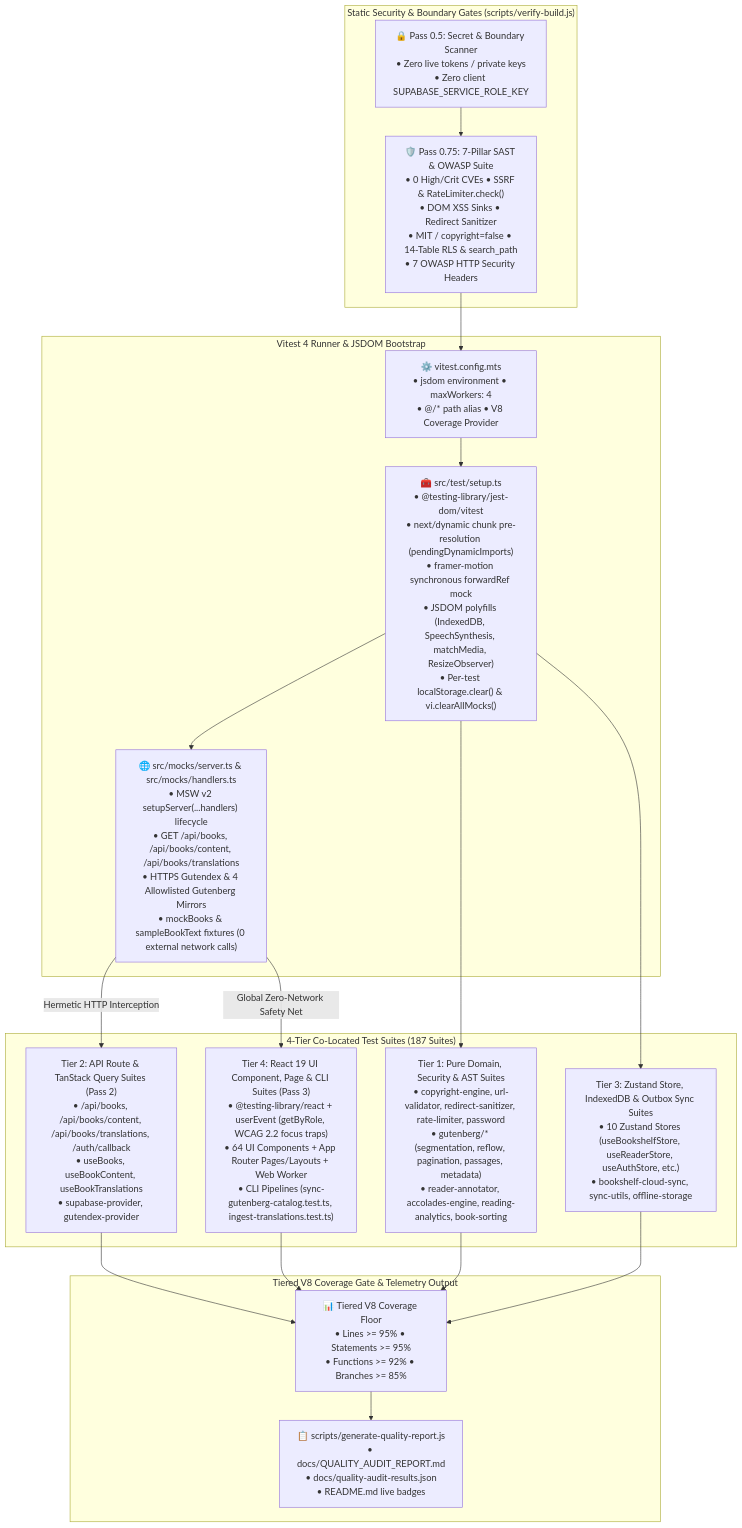
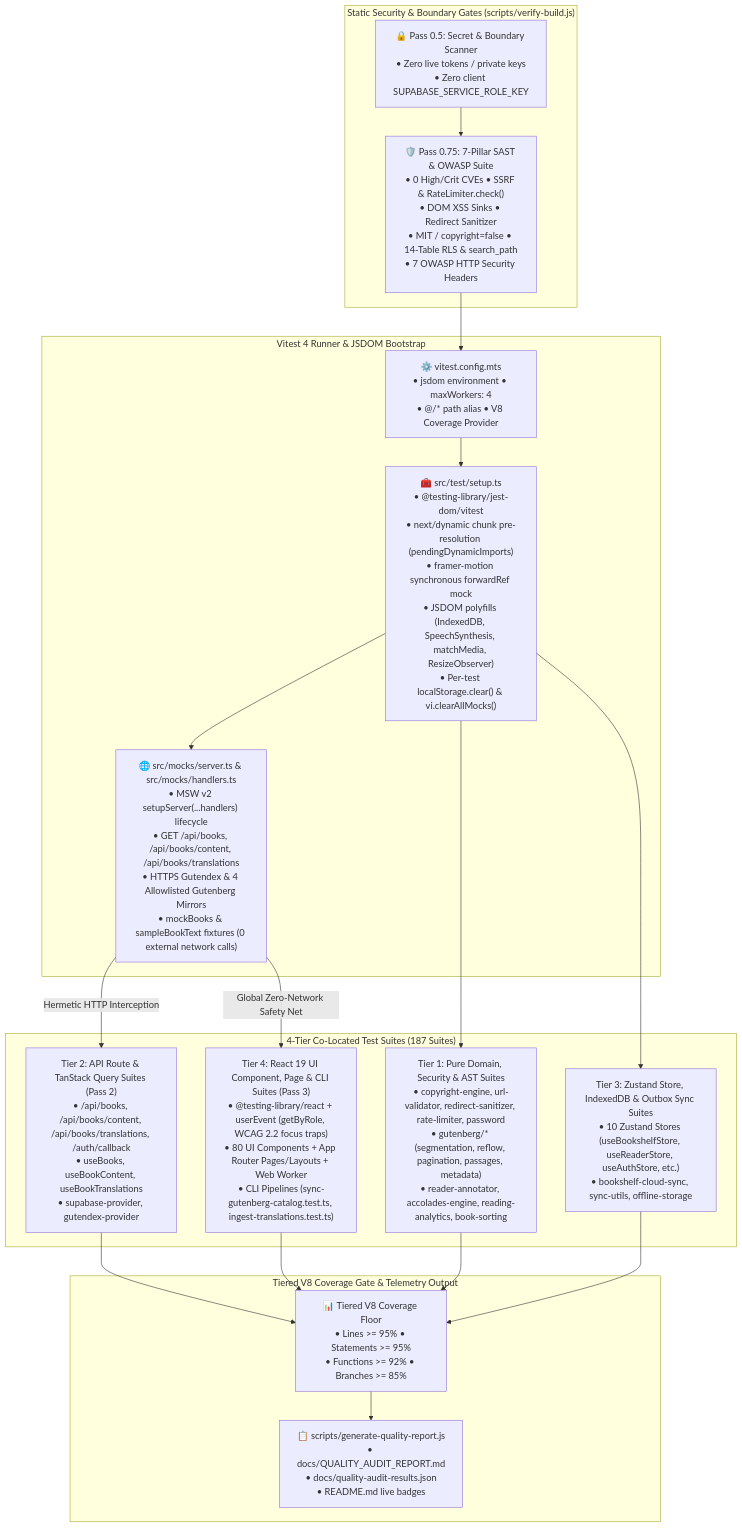
Before and after one commit to calin-m/Bookarium: the fourth of 4 diagrams in docs/ARCHITECTURE.md, drawn with Mermaid. The commit also changed other lines of this file and 58 other files, not shown here.

````diff
--- a/docs/ARCHITECTURE.md
+++ b/docs/ARCHITECTURE.md
@@ -815,39 +816,39 @@
 ```mermaid
 flowchart TD
     subgraph SecurityGates ["Static Security & Boundary Gates (scripts/verify-build.js)"]
         Pass05["🔒 Pass 0.5: Secret & Boundary Scanner\n• Zero live tokens / private keys\n• Zero client SUPABASE_SERVICE_ROLE_KEY"]
         Pass075["🛡️ Pass 0.75: 7-Pillar SAST & OWASP Suite\n• 0 High/Crit CVEs • SSRF & RateLimiter.check()\n• DOM XSS Sinks • Redirect Sanitizer\n• MIT / copyright=false • 14-Table RLS & search_path\n• 7 OWASP HTTP Security Headers"]
     end
 
     subgraph TestRunner ["Vitest 4 Runner & JSDOM Bootstrap"]
         VitestCfg["⚙️ vitest.config.mts\n• jsdom environment • maxWorkers: 4\n• @/* path alias • V8 Coverage Provider"]
         TestSetup["🧰 src/test/setup.ts\n• @testing-library/jest-dom/vitest\n• next/dynamic chunk pre-resolution (pendingDynamicImports)\n• framer-motion synchronous forwardRef mock\n• JSDOM polyfills (IndexedDB, SpeechSynthesis, matchMedia, ResizeObserver)\n• Per-test localStorage.clear() & vi.clearAllMocks()"]
         MSWServer["🌐 src/mocks/server.ts & src/mocks/handlers.ts\n• MSW v2 setupServer(...handlers) lifecycle\n• GET /api/books, /api/books/content, /api/books/translations\n• HTTPS Gutendex & 4 Allowlisted Gutenberg Mirrors\n• mockBooks & sampleBookText fixtures (0 external network calls)"]
     end
 
     subgraph TestTiers ["4-Tier Co-Located Test Suites (187 Suites)"]
         Tier1["Tier 1: Pure Domain, Security & AST Suites\n• copyright-engine, url-validator, redirect-sanitizer, rate-limiter, password\n• gutenberg/* (segmentation, reflow, pagination, passages, metadata)\n• reader-annotator, accolades-engine, reading-analytics, book-sorting"]
         Tier2["Tier 2: API Route & TanStack Query Suites (Pass 2)\n• /api/books, /api/books/content, /api/books/translations, /auth/callback\n• useBooks, useBookContent, useBookTranslations\n• supabase-provider, gutendex-provider"]
         Tier3["Tier 3: Zustand Store, IndexedDB & Outbox Sync Suites\n• 10 Zustand Stores (useBookshelfStore, useReaderStore, useAuthStore, etc.)\n• bookshelf-cloud-sync, sync-utils, offline-storage"]
-        Tier4["Tier 4: React 19 UI Component, Page & CLI Suites (Pass 3)\n• @testing-library/react + userEvent (getByRole, WCAG 2.2 focus traps)\n• 64 UI Components + App Router Pages/Layouts + Web Worker\n• CLI Pipelines (sync-gutenberg-catalog.test.ts, ingest-translations.test.ts)"]
+        Tier4["Tier 4: React 19 UI Component, Page & CLI Suites (Pass 3)\n• @testing-library/react + userEvent (getByRole, WCAG 2.2 focus traps)\n• 80 UI Components + App Router Pages/Layouts + Web Worker\n• CLI Pipelines (sync-gutenberg-catalog.test.ts, ingest-translations.test.ts)"]
     end
 
     subgraph CoverageGate ["Tiered V8 Coverage Gate & Telemetry Output"]
         V8Thresholds["📊 Tiered V8 Coverage Floor\n• Lines >= 95% • Statements >= 95%\n• Functions >= 92% • Branches >= 85%"]
         QualityReport["📋 scripts/generate-quality-report.js\n• docs/QUALITY_AUDIT_REPORT.md\n• docs/quality-audit-results.json\n• README.md live badges"]
     end
 
     Pass05 --> Pass075
     Pass075 --> VitestCfg
     VitestCfg --> TestSetup
     TestSetup --> MSWServer
     TestSetup --> Tier1
     MSWServer -->|"Hermetic HTTP Interception"| Tier2
     TestSetup --> Tier3
     MSWServer -->|"Global Zero-Network Safety Net"| Tier4
     Tier1 --> V8Thresholds
     Tier2 --> V8Thresholds
     Tier3 --> V8Thresholds
     Tier4 --> V8Thresholds
     V8Thresholds --> QualityReport
 ```
````
